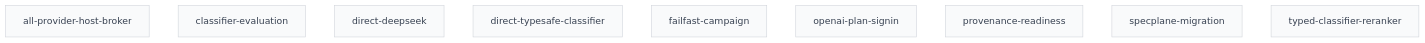
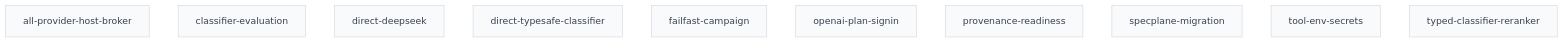
One commit to SpiralSky/ai-workflow changed the diagram in plans/PLANS.md. Above: the diagram before and after it, drawn with Mermaid. The commit also changed other lines of this file and 11 other files, not shown here.

Commit message:
fix: filter direct-provider secrets from local tool subprocesses (source 722cf556)

````diff
--- a/plans/PLANS.md
+++ b/plans/PLANS.md
@@ -25,19 +26,20 @@
 ```mermaid
 graph TD
     p_2026_11_01_all_provider_host_broker[all-provider-host-broker]:::draft
     p_2026_11_01_classifier_evaluation[classifier-evaluation]:::draft
     p_2026_11_01_direct_deepseek[direct-deepseek]:::draft
     p_2026_11_01_direct_typesafe_classifier[direct-typesafe-classifier]:::draft
     p_2026_11_01_failfast_campaign[failfast-campaign]:::draft
     p_2026_11_01_openai_plan_signin[openai-plan-signin]:::draft
     p_2026_11_01_provenance_readiness[provenance-readiness]:::draft
     p_2026_11_01_specplane_migration[specplane-migration]:::draft
+    p_2026_11_01_tool_env_secrets[tool-env-secrets]:::draft
     p_2026_11_01_typed_classifier_reranker[typed-classifier-reranker]:::draft
     classDef draft fill:#f9fafb,color:#374151,stroke:#d1d5db
     classDef ready fill:#22c55e,color:#fff
     classDef blocked fill:#ef4444,color:#fff
     classDef in_progress fill:#3b82f6,color:#fff
     classDef review fill:#60a5fa,color:#fff
     classDef done fill:#9ca3af,color:#fff
     classDef abandoned fill:#9ca3af,color:#fff,text-decoration:line-through
 ```
````
